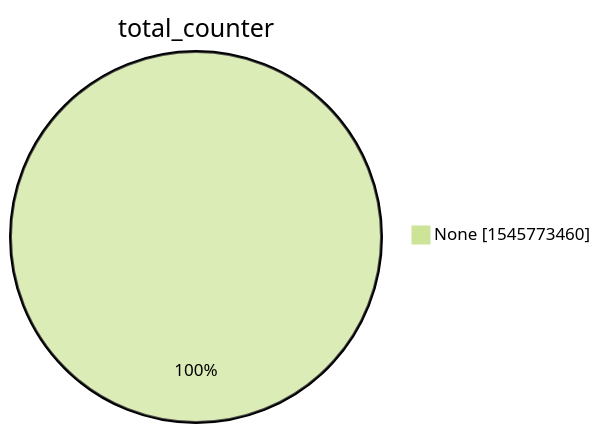
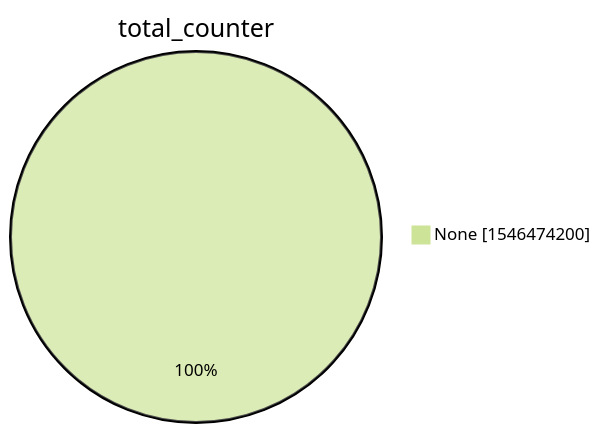
Before and after one commit to christiankrug/ctmonitor_visualization: the second of 15 diagrams in xenon2022/README.md, drawn with Mermaid (forest theme). The commit also changed other lines of this file, not shown here.

````diff
--- a/xenon2022/README.md
+++ b/xenon2022/README.md
@@ -9,5 +9,5 @@
 ```mermaid
 pie showData
 title total_counter
-"None" :1545773460
+"None" :1546474200
 ```
````
